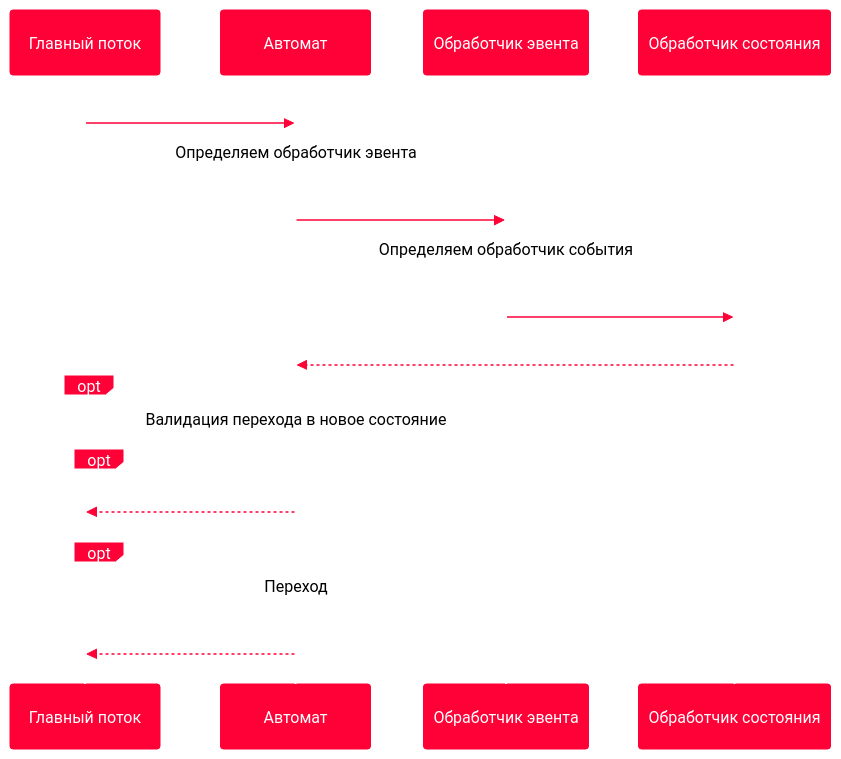
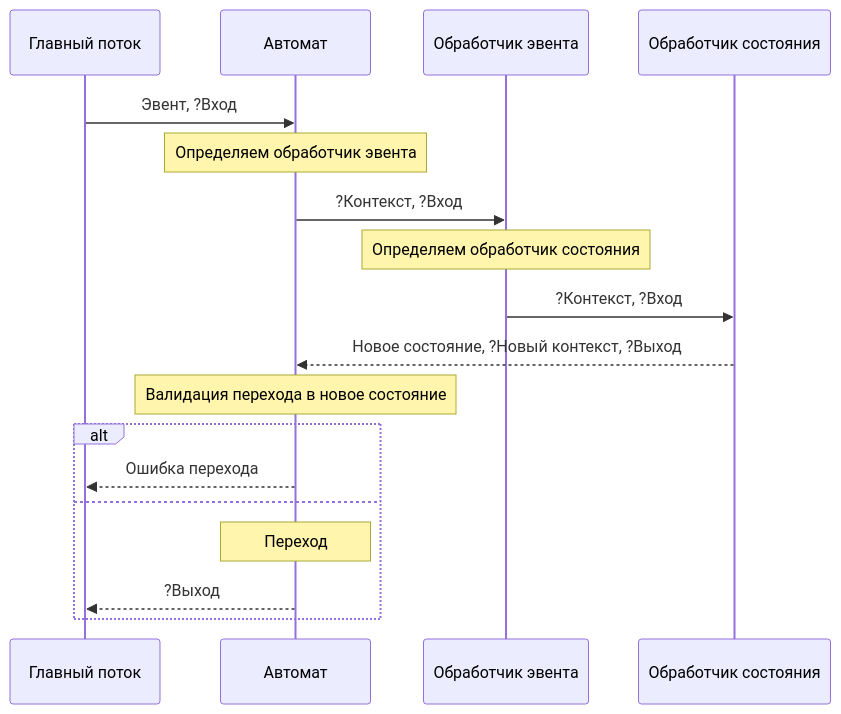
The second of 3 diagrams in Конечные автоматы как универсальный язык описания бизнес-логики/Материал доклада.md (Terqaz/presentations), drawn with Mermaid before and after one commit. The commit also changed other lines of this file and 13 other files, not shown here.

````diff
--- a/Конечные автоматы как универсальный язык описания бизнес-логики/Материал доклада.md
+++ b/Конечные автоматы как универсальный язык описания бизнес-логики/Материал доклада.md
@@ -187,47 +172,21 @@
 ```mermaid
-%%{
-  init: {
-    'theme': 'base',
-    'themeVariables': {
-        'actorBkg': '#ff0037',
-        'actorBorder': '#ff0037',
-        'actorTextColor': '#fff',
-        'actorLineColor': '#fff',
-        'signalColor': '#ff0037',
-        'signalTextColor': '#fff',
-        'labelBoxBkgColor': '#ff0037',
-        'labelBoxBorderColor': '#fff',
-        'labelTextColor': '#fff',
-        'loopTextColor': '#fff',
-        'activationBorderColor': '#fff',
-        'activationBkgColor': '#fff',
-        'sequenceNumberColor': '#fff',
-        'noteBkgColor': '#fff',
-        'noteTextColor': '#000',
-        'noteBorderColor': '#fff'
-    }
-  }
-}%%
 sequenceDiagram
     participant P as Главный поток
     participant A as Автомат
     participant EL as Обработчик эвента
     participant SL as Обработчик состояния
 
     P->>A: Эвент, ?Вход
     Note over A: Определяем обработчик эвента
     A->>EL: ?Контекст, ?Вход
-    Note over EL: Определяем обработчик события
+    Note over EL: Определяем обработчик состояния
     EL->>SL: ?Контекст, ?Вход
     SL-->>A: Новое состояние, ?Новый контекст, ?Выход
-    opt
-        Note over A: Валидация перехода в новое состояние
-        opt
-            A-->>P: Ошибка перехода
-        end
-    end
-    opt
+    Note over A: Валидация перехода в новое состояние
+    alt
+        A-->>P: Ошибка перехода
+    else
         Note over A: Переход
         A-->>P: ?Выход
     end
 ```
````
